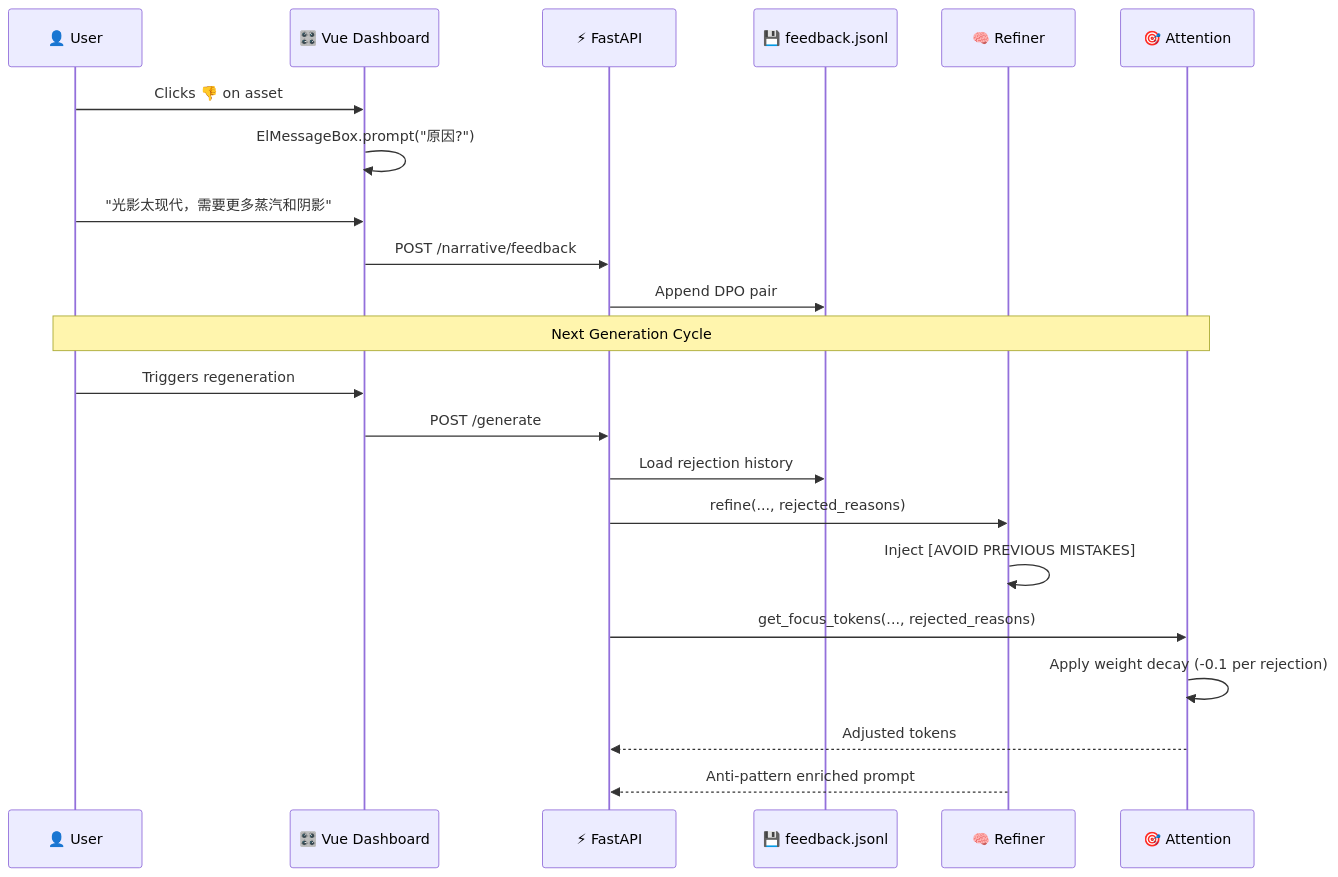
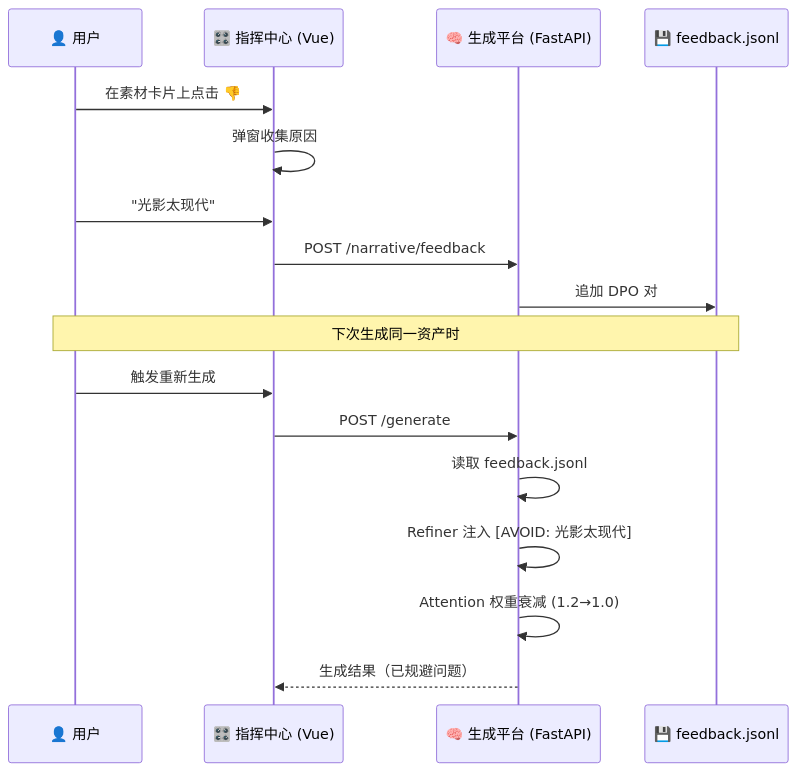
Before and after one commit to QUSETIONS/MultilinearNarrativeSystem: the diagram in README.md, drawn with Mermaid. The commit also changed other lines of this file, not shown here.

````diff
--- a/README.md
+++ b/README.md
@@ -182,27 +140,22 @@
 ```mermaid
 sequenceDiagram
-    participant U as 👤 User
-    participant UI as 🎛️ Vue Dashboard
-    participant API as ⚡ FastAPI
+    participant U as 👤 用户
+    participant UI as 🎛️ 指挥中心 (Vue)
+    participant API as 🧠 生成平台 (FastAPI)
     participant S as 💾 feedback.jsonl
-    participant R as 🧠 Refiner
-    participant A as 🎯 Attention
 
-    U->>UI: Clicks 👎 on asset
-    UI->>UI: ElMessageBox.prompt("原因?")
-    U->>UI: "光影太现代，需要更多蒸汽和阴影"
+    U->>UI: 在素材卡片上点击 👎
+    UI->>UI: 弹窗收集原因
+    U->>UI: "光影太现代"
     UI->>API: POST /narrative/feedback
-    API->>S: Append DPO pair
-    
-    Note over U,A: Next Generation Cycle
-    
-    U->>UI: Triggers regeneration
+    API->>S: 追加 DPO 对
+
+    Note over U,S: 下次生成同一资产时
+
+    U->>UI: 触发重新生成
     UI->>API: POST /generate
-    API->>S: Load rejection history
-    API->>R: refine(..., rejected_reasons)
-    R->>R: Inject [AVOID PREVIOUS MISTAKES]
-    API->>A: get_focus_tokens(..., rejected_reasons)
-    A->>A: Apply weight decay (-0.1 per rejection)
-    A-->>API: Adjusted tokens
-    R-->>API: Anti-pattern enriched prompt
+    API->>API: 读取 feedback.jsonl
+    API->>API: Refiner 注入 [AVOID: 光影太现代]
+    API->>API: Attention 权重衰减 (1.2→1.0)
+    API-->>UI: 生成结果（已规避问题）
 ```
````
